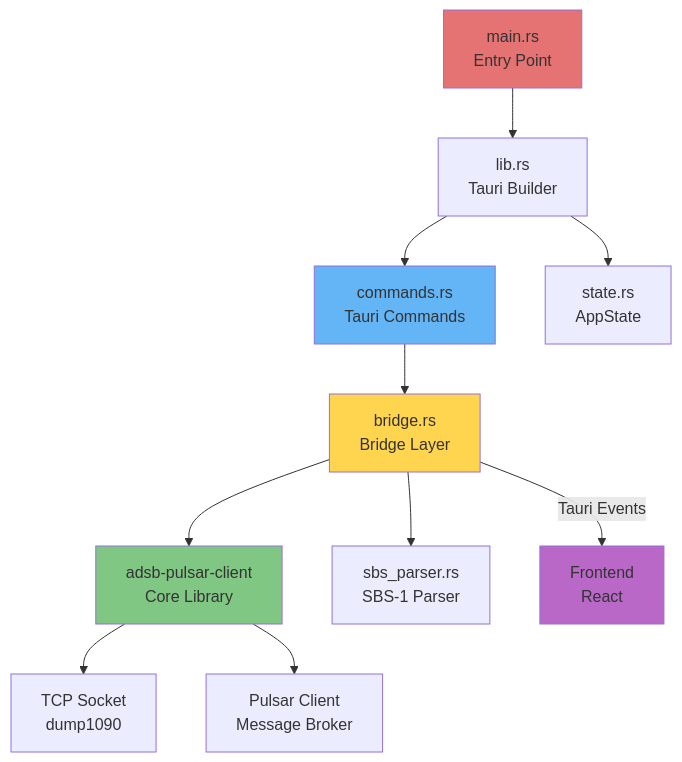
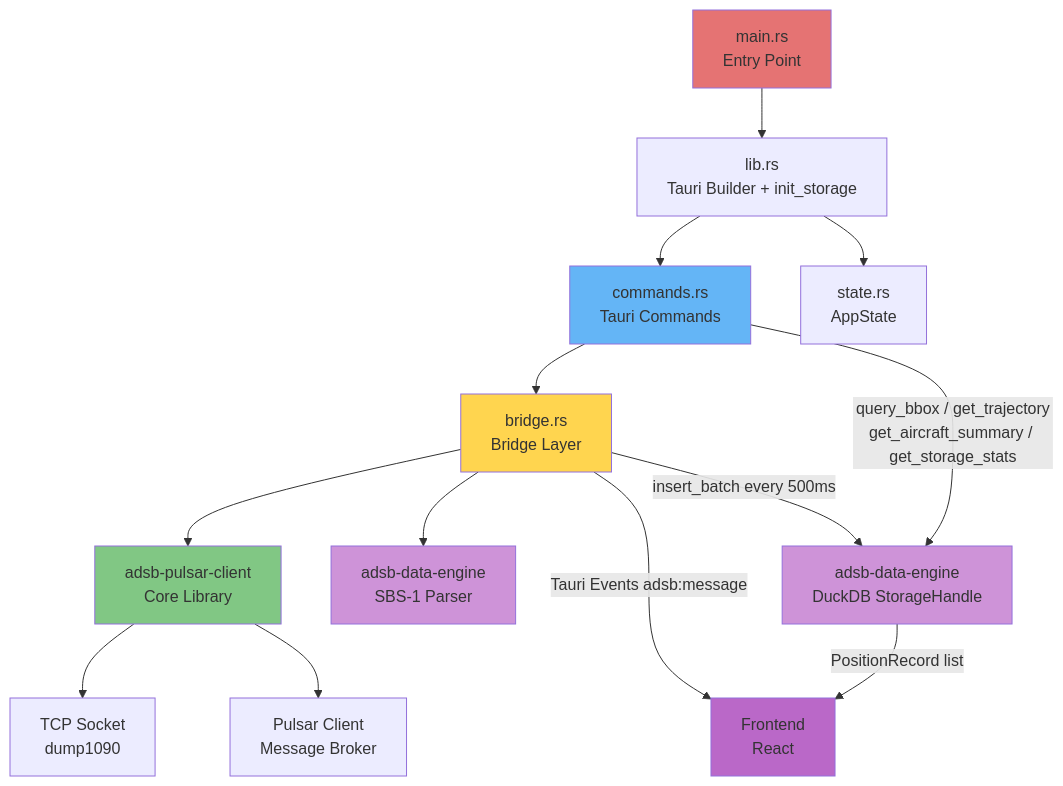
The fourth of 10 diagrams in rust/adsb-pulsar-client-desktop/docs/DESIGN.md (bnassivet/adsb-feed), drawn with Mermaid before and after one commit. The commit also changed other lines of this file and 23 other files, not shown here.

First line of the commit message:
docs: add adsb-data-engine crate, DuckDB history UI plan, and update all architecture docs

````diff
--- a/rust/adsb-pulsar-client-desktop/docs/DESIGN.md
+++ b/rust/adsb-pulsar-client-desktop/docs/DESIGN.md
@@ -1078,21 +1119,26 @@
 ```mermaid
 graph TD
-    Main[main.rs<br/>Entry Point] --> Lib[lib.rs<br/>Tauri Builder]
+    Main[main.rs<br/>Entry Point] --> Lib[lib.rs<br/>Tauri Builder + init_storage]
     Lib --> Commands[commands.rs<br/>Tauri Commands]
     Lib --> State[state.rs<br/>AppState]
 
     Commands --> Bridge[bridge.rs<br/>Bridge Layer]
     Bridge --> Client[adsb-pulsar-client<br/>Core Library]
-    Bridge --> Parser[sbs_parser.rs<br/>SBS-1 Parser]
+    Bridge --> Parser[adsb-data-engine<br/>SBS-1 Parser]
+    Bridge -->|insert_batch every 500ms| Storage[adsb-data-engine<br/>DuckDB StorageHandle]
+    Commands -->|query_bbox / get_trajectory<br/>get_aircraft_summary / get_storage_stats| Storage
 
     Client --> Socket[TCP Socket<br/>dump1090]
     Client --> Pulsar[Pulsar Client<br/>Message Broker]
 
-    Bridge -->|Tauri Events| Frontend[Frontend<br/>React]
+    Bridge -->|Tauri Events adsb:message| Frontend[Frontend<br/>React]
+    Storage -->|PositionRecord list| Frontend
 
     style Main fill:#E57373
     style Commands fill:#64B5F6
     style Bridge fill:#FFD54F
     style Client fill:#81C784
     style Frontend fill:#BA68C8
+    style Storage fill:#CE93D8
+    style Parser fill:#CE93D8
 ```
````
